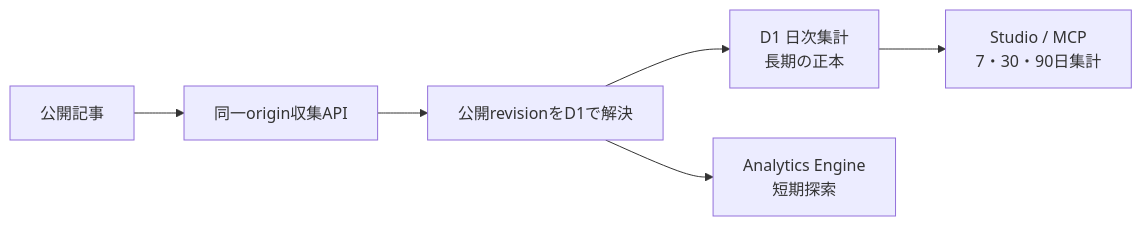
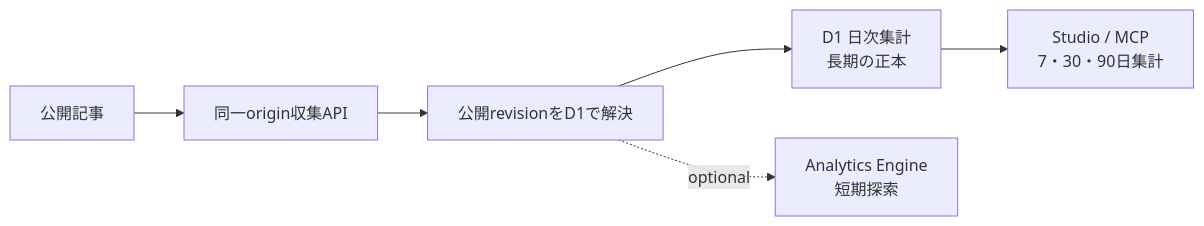
Before and after one commit to mani1261790/Noema: the diagram in docs/reader-analytics.md, drawn with Mermaid. The commit also changed other lines of this file and 4 other files, not shown here.

Commit message:
fix(analytics): make Analytics Engine optional

````diff
--- a/docs/reader-analytics.md
+++ b/docs/reader-analytics.md
@@ -40,8 +40,8 @@
 ```mermaid
 flowchart LR
   Reader["公開記事"] --> Endpoint["同一origin収集API"]
   Endpoint --> Resolve["公開revisionをD1で解決"]
   Resolve --> Daily["D1 日次集計\n長期の正本"]
-  Resolve --> Explore["Analytics Engine\n短期探索"]
+  Resolve -. optional .-> Explore["Analytics Engine\n短期探索"]
   Daily --> Studio["Studio / MCP\n7・30・90日集計"]
 ```
````
